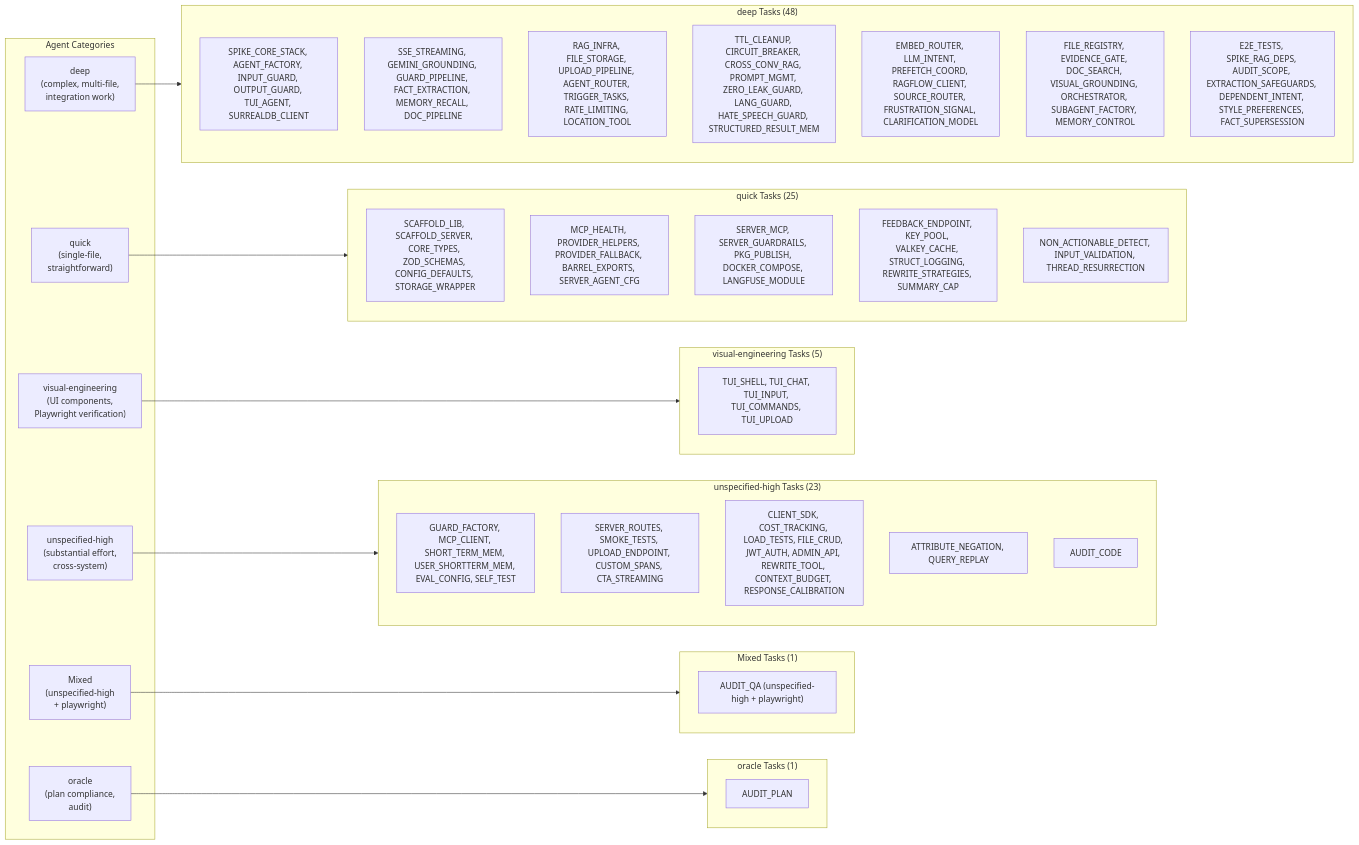
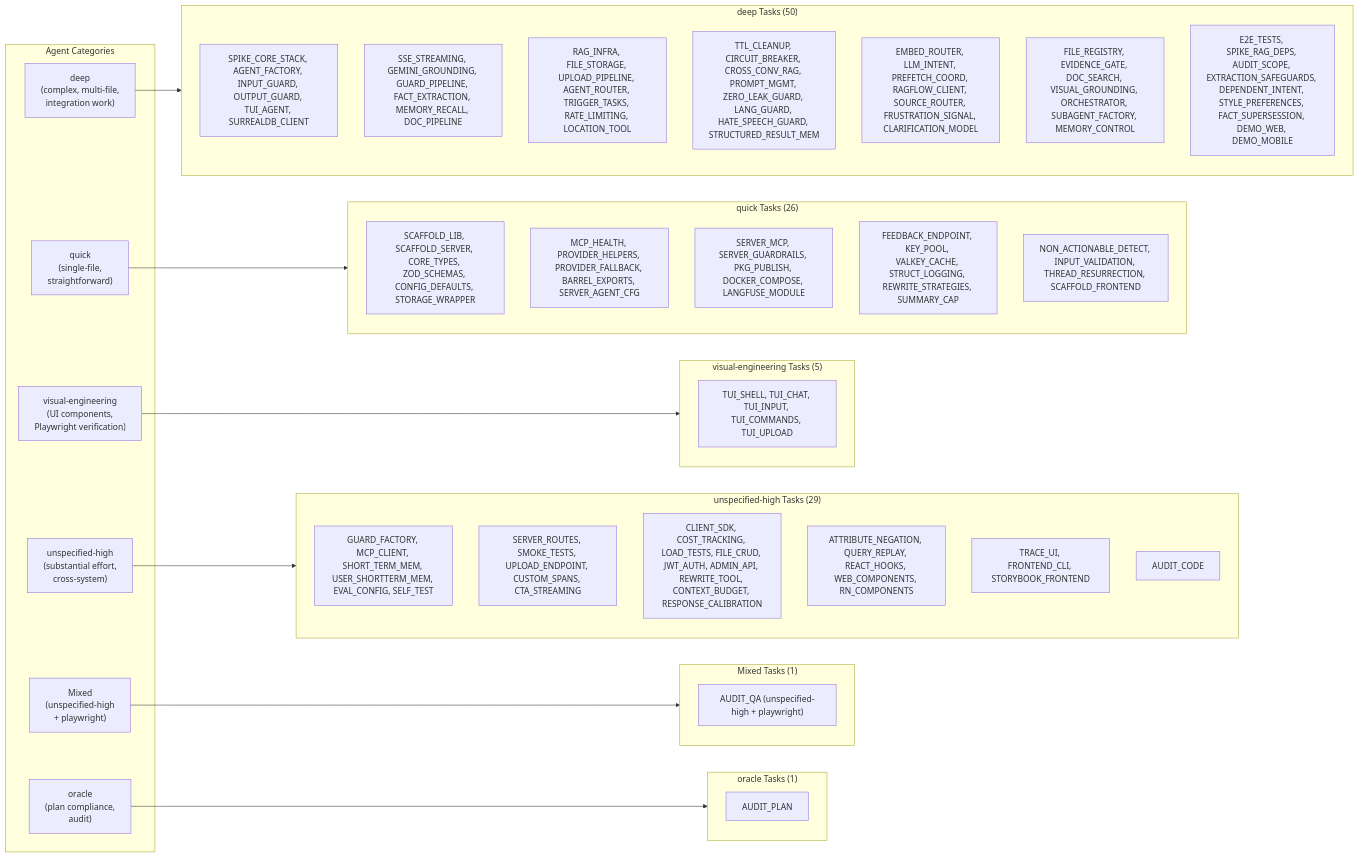
One commit to 1qh/safeagent changed the ninth of 10 diagrams in plan/17-execution.md. Above: the diagram before and after it, drawn with Mermaid. The commit also changed other lines of this file, not shown here.

Commit message:
plan: add 9 frontend SDK tasks to execution plan — batches, dependencies, registry, dispatch

````diff
--- a/plan/17-execution.md
+++ b/plan/17-execution.md
@@ -812,56 +867,57 @@
 ```mermaid
 graph LR
     subgraph AGENT_TYPES["Agent Categories"]
         DEEP["deep<br/>(complex, multi-file,<br/>integration work)"]
         QUICK["quick<br/>(single-file,<br/>straightforward)"]
         VIS["visual-engineering<br/>(UI components,<br/>Playwright verification)"]
         UHIGH["unspecified-high<br/>(substantial effort,<br/>cross-system)"]
         MIXED["Mixed<br/>(unspecified-high<br/>+ playwright)"]
         ORACLE["oracle<br/>(plan compliance,<br/>audit)"]
     end
 
-    subgraph DEEP_TASKS["deep Tasks (48)"]
+    subgraph DEEP_TASKS["deep Tasks (50)"]
         DEEP_FOUND["SPIKE_CORE_STACK, AGENT_FACTORY, INPUT_GUARD, OUTPUT_GUARD, TUI_AGENT, SURREALDB_CLIENT"]
         DEEP_STREAM["SSE_STREAMING, GEMINI_GROUNDING, GUARD_PIPELINE, FACT_EXTRACTION, MEMORY_RECALL, DOC_PIPELINE"]
         DEEP_RAG["RAG_INFRA, FILE_STORAGE, UPLOAD_PIPELINE, AGENT_ROUTER, TRIGGER_TASKS, RATE_LIMITING, LOCATION_TOOL"]
         DEEP_INFRA["TTL_CLEANUP, CIRCUIT_BREAKER, CROSS_CONV_RAG, PROMPT_MGMT, ZERO_LEAK_GUARD, LANG_GUARD, HATE_SPEECH_GUARD, STRUCTURED_RESULT_MEM"]
         DEEP_INTENT["EMBED_ROUTER, LLM_INTENT, PREFETCH_COORD, RAGFLOW_CLIENT, SOURCE_ROUTER, FRUSTRATION_SIGNAL, CLARIFICATION_MODEL"]
         DEEP_INTEL["FILE_REGISTRY, EVIDENCE_GATE, DOC_SEARCH, VISUAL_GROUNDING, ORCHESTRATOR, SUBAGENT_FACTORY, MEMORY_CONTROL"]
-        DEEP_FINAL["E2E_TESTS, SPIKE_RAG_DEPS, AUDIT_SCOPE, EXTRACTION_SAFEGUARDS, DEPENDENT_INTENT, STYLE_PREFERENCES, FACT_SUPERSESSION"]
+        DEEP_FINAL["E2E_TESTS, SPIKE_RAG_DEPS, AUDIT_SCOPE, EXTRACTION_SAFEGUARDS, DEPENDENT_INTENT, STYLE_PREFERENCES, FACT_SUPERSESSION, DEMO_WEB, DEMO_MOBILE"]
     end
 
-    subgraph QUICK_TASKS["quick Tasks (25)"]
+    subgraph QUICK_TASKS["quick Tasks (26)"]
         QUICK_FOUND["SCAFFOLD_LIB, SCAFFOLD_SERVER, CORE_TYPES, ZOD_SCHEMAS, CONFIG_DEFAULTS, STORAGE_WRAPPER"]
         QUICK_INFRA["MCP_HEALTH, PROVIDER_HELPERS, PROVIDER_FALLBACK, BARREL_EXPORTS, SERVER_AGENT_CFG"]
         QUICK_SERVER["SERVER_MCP, SERVER_GUARDRAILS, PKG_PUBLISH, DOCKER_COMPOSE, LANGFUSE_MODULE"]
         QUICK_UTIL["FEEDBACK_ENDPOINT, KEY_POOL, VALKEY_CACHE, STRUCT_LOGGING, REWRITE_STRATEGIES, SUMMARY_CAP"]
-        QUICK_ENGINE["NON_ACTIONABLE_DETECT, INPUT_VALIDATION, THREAD_RESURRECTION"]
+        QUICK_ENGINE["NON_ACTIONABLE_DETECT, INPUT_VALIDATION, THREAD_RESURRECTION, SCAFFOLD_FRONTEND"]
     end
 
     subgraph VIS_TASKS["visual-engineering Tasks (5)"]
         VIS_TUI_TASKS["TUI_SHELL, TUI_CHAT, TUI_INPUT, TUI_COMMANDS, TUI_UPLOAD"]
     end
 
-    subgraph U_HIGH_TASKS["unspecified-high Tasks (23)"]
+    subgraph U_HIGH_TASKS["unspecified-high Tasks (29)"]
         UHIGH_GUARD_MCP["GUARD_FACTORY, MCP_CLIENT, SHORT_TERM_MEM, USER_SHORTTERM_MEM, EVAL_CONFIG, SELF_TEST"]
         UHIGH_SERVER_SMOKE["SERVER_ROUTES, SMOKE_TESTS, UPLOAD_ENDPOINT, CUSTOM_SPANS, CTA_STREAMING"]
         UHIGH_CLIENT_COST["CLIENT_SDK, COST_TRACKING, LOAD_TESTS, FILE_CRUD, JWT_AUTH, ADMIN_API, REWRITE_TOOL, CONTEXT_BUDGET, RESPONSE_CALIBRATION"]
-        UHIGH_INTENT["ATTRIBUTE_NEGATION, QUERY_REPLAY"]
+        UHIGH_INTENT["ATTRIBUTE_NEGATION, QUERY_REPLAY, REACT_HOOKS, WEB_COMPONENTS, RN_COMPONENTS"]
+        UHIGH_FRONTEND["TRACE_UI, FRONTEND_CLI, STORYBOOK_FRONTEND"]
         UHIGH_AUDIT_CODE["AUDIT_CODE"]
     end
 
     subgraph MIXED_TASKS["Mixed Tasks (1)"]
         MIXED_AUDIT_QA["AUDIT_QA (unspecified-high + playwright)"]
     end
 
     subgraph ORACLE_TASKS["oracle Tasks (1)"]
         ORACLE_AUDIT_PLAN["AUDIT_PLAN"]
     end
 
     DEEP --> DEEP_TASKS
     QUICK --> QUICK_TASKS
     VIS --> VIS_TASKS
     UHIGH --> U_HIGH_TASKS
     MIXED --> MIXED_TASKS
     ORACLE --> ORACLE_TASKS
 ```
````
